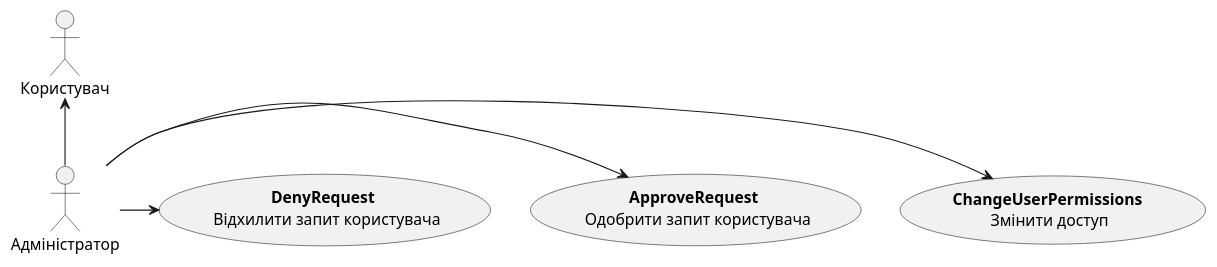
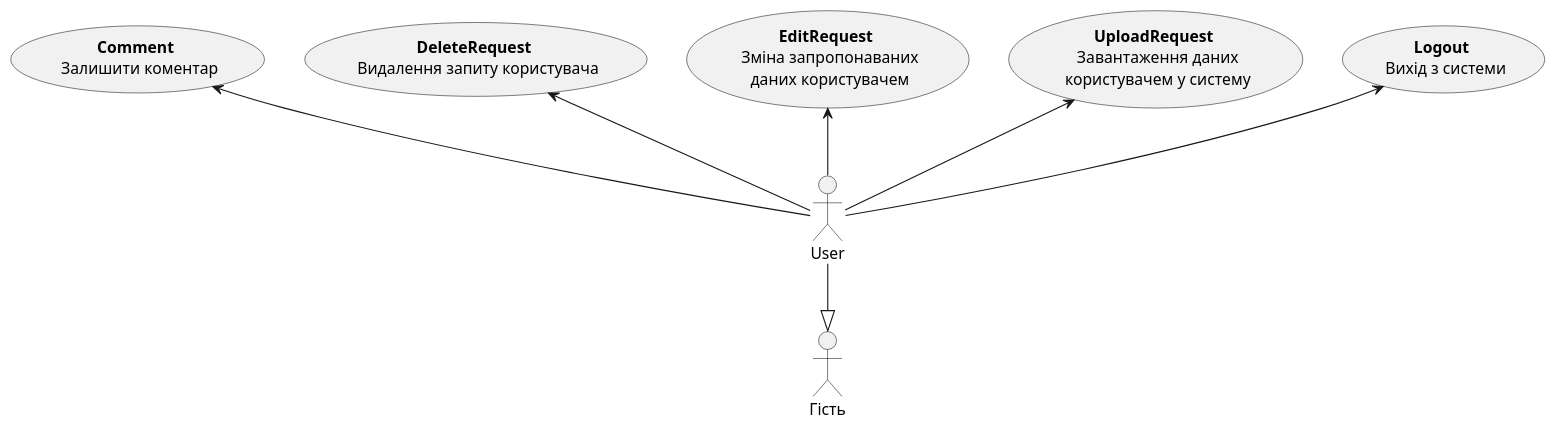
The third of 16 diagrams in docs/use cases/README.md (chernyshanna/IO23Theme2DBB), drawn with PlantUML before and after one commit. The commit also changed other lines of this file, not shown here.

```diff
--- a/docs/use cases/README.md
+++ b/docs/use cases/README.md
@@ -92,16 +91,19 @@
 @startuml
+	
+	actor "Гість" as Guest
 
-    actor "Користувач" as User
-    actor "Адміністратор" as Admin
+    usecase "<b>Logout<b> \n Вихід з системи" as LOUT
+    usecase "<b>UploadRequest<b> \n Завантаження даних\n користувачем у систему" as UR
+    usecase "<b>EditRequest<b> \n Зміна запропонаваних\n даних користувачем" as ER
+    usecase "<b>DeleteRequest<b> \n Видалення запиту користувача" as DR
+    usecase "<b>Comment<b> \n Залишити коментар" as CMNT
 
-    usecase "<b>ChangeUserPermissions<b> \n Змінити доступ " as CUP
-    usecase "<b>ApproveRequest<b> \n Одобрити запит користувача" as AR
-    usecase "<b>DenyRequest<b> \n Відхилити запит користувача" as DR
-
-    Admin -r-> CUP
-    Admin -r-> AR
-    Admin -r-> DR
-
-    Admin -u-> User
+    User -u-> LOUT
+    User -u-> UR
+    User -u-> ER
+    User -u-> DR
+    User -u-> CMNT
+  
+	User -d-|> Guest
 
 @enduml
```
